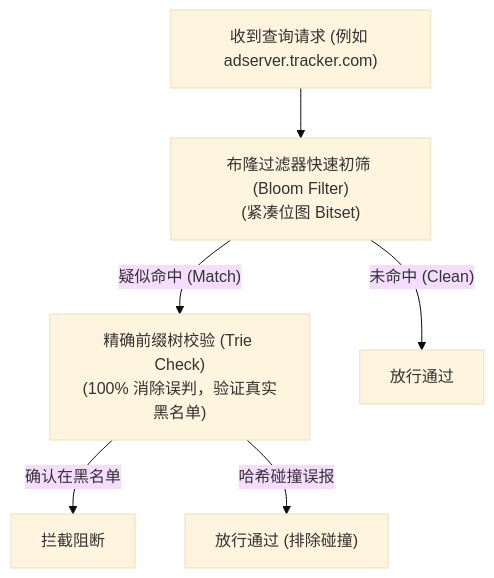
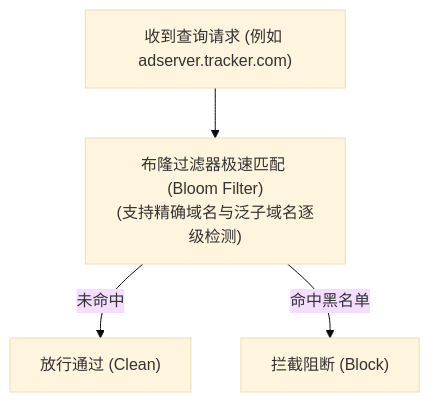
One commit to Obein/DNS-Worker changed the diagram in docs/src/content/docs/zh-cn/filtering/rules.mdx. Above: the diagram before and after it, drawn with Mermaid (base theme). The commit also changed other lines of this file and 7 other files, not shown here.

````diff
--- a/docs/src/content/docs/zh-cn/filtering/rules.mdx
+++ b/docs/src/content/docs/zh-cn/filtering/rules.mdx
@@ -101,15 +101,11 @@
 ```mermaid
 flowchart TD
     REQ["收到查询请求 (例如 adserver.tracker.com)"]
-    BLOOM["布隆过滤器快速初筛 (Bloom Filter)<br/>(紧凑位图 Bitset)"]
-    TRIE["精确前缀树校验 (Trie Check)<br/>(100% 消除误判，验证真实黑名单)"]
-    PASS1["放行通过"]
-    BLOCK["拦截阻断"]
-    PASS2["放行通过 (排除碰撞)"]
+    BLOOM["布隆过滤器极速匹配 (Bloom Filter)<br/>(支持精确域名与泛子域名逐级检测)"]
+    PASS["放行通过 (Clean)"]
+    BLOCK["拦截阻断 (Block)"]
 
     REQ --> BLOOM
-    BLOOM -->|"未命中 (Clean)"| PASS1
-    BLOOM -->|"疑似命中 (Match)"| TRIE
-    TRIE -->|"确认在黑名单"| BLOCK
-    TRIE -->|"哈希碰撞误报"| PASS2
+    BLOOM -->|"未命中"| PASS
+    BLOOM -->|"命中黑名单"| BLOCK
 ```
````
